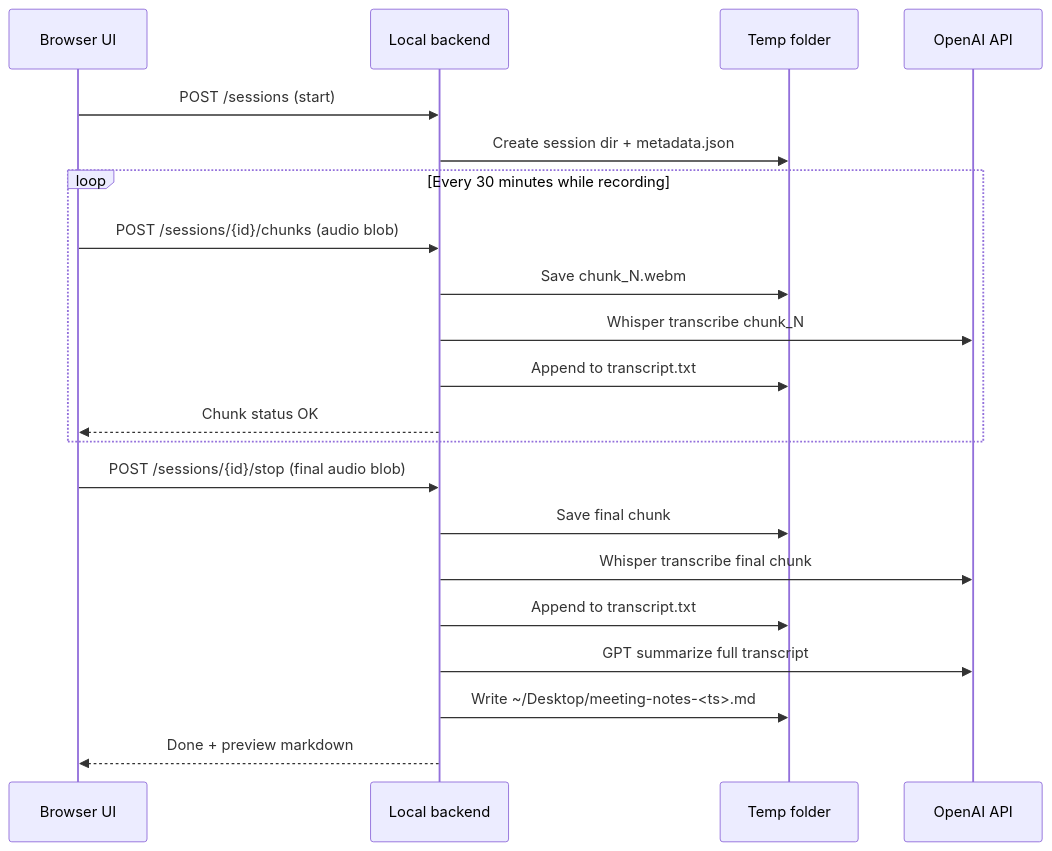
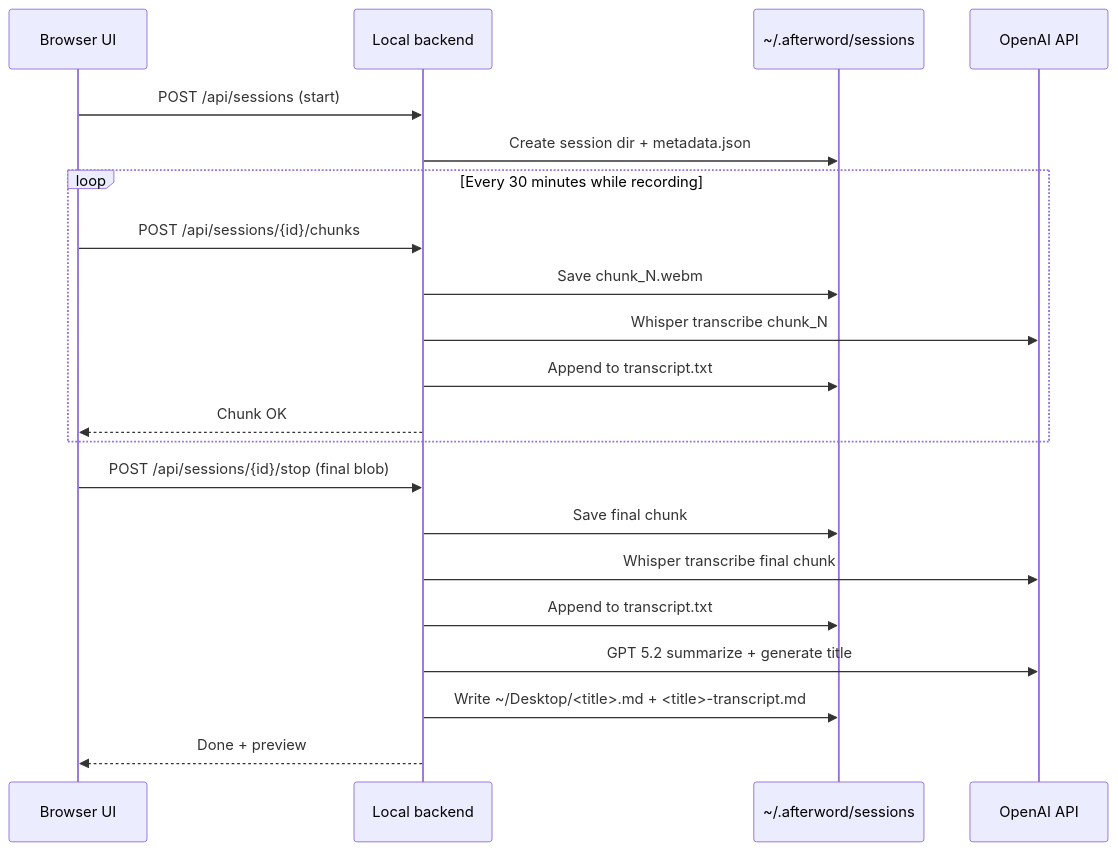
One commit to Edddddddy/afterword changed the diagram in docs/PLAN.md. Above: the diagram before and after it, drawn with Mermaid. The commit also changed other lines of this file and 2 other files, not shown here.

````diff
--- a/docs/PLAN.md
+++ b/docs/PLAN.md
@@ -129,26 +124,26 @@
 ```mermaid
 sequenceDiagram
     participant UI as Browser UI
     participant BE as Local backend
-    participant Disk as Temp folder
+    participant Disk as ~/.afterword/sessions
     participant OAI as OpenAI API
 
-    UI->>BE: POST /sessions (start)
+    UI->>BE: POST /api/sessions (start)
     BE->>Disk: Create session dir + metadata.json
 
     loop Every 30 minutes while recording
-        UI->>BE: POST /sessions/{id}/chunks (audio blob)
+        UI->>BE: POST /api/sessions/{id}/chunks
         BE->>Disk: Save chunk_N.webm
         BE->>OAI: Whisper transcribe chunk_N
         BE->>Disk: Append to transcript.txt
-        BE-->>UI: Chunk status OK
+        BE-->>UI: Chunk OK
     end
 
-    UI->>BE: POST /sessions/{id}/stop (final audio blob)
+    UI->>BE: POST /api/sessions/{id}/stop (final blob)
     BE->>Disk: Save final chunk
     BE->>OAI: Whisper transcribe final chunk
     BE->>Disk: Append to transcript.txt
-    BE->>OAI: GPT summarize full transcript
-    BE->>Disk: Write ~/Desktop/meeting-notes-<ts>.md
-    BE-->>UI: Done + preview markdown
+    BE->>OAI: GPT 5.2 summarize + generate title
+    BE->>Disk: Write ~/Desktop/<title>.md + <title>-transcript.md
+    BE-->>UI: Done + preview
 ```
````
